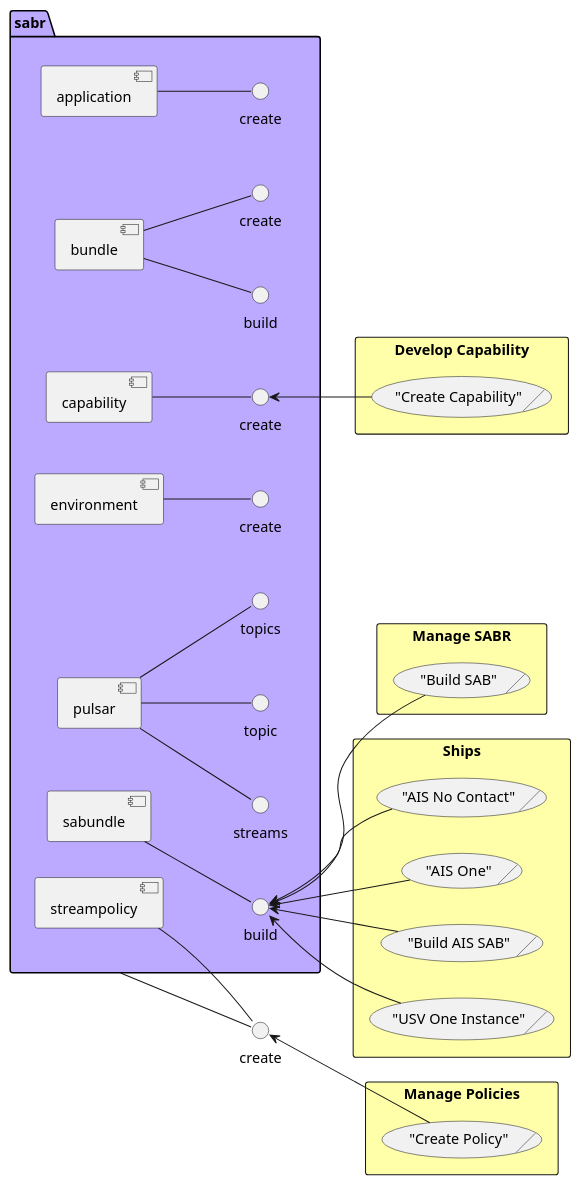
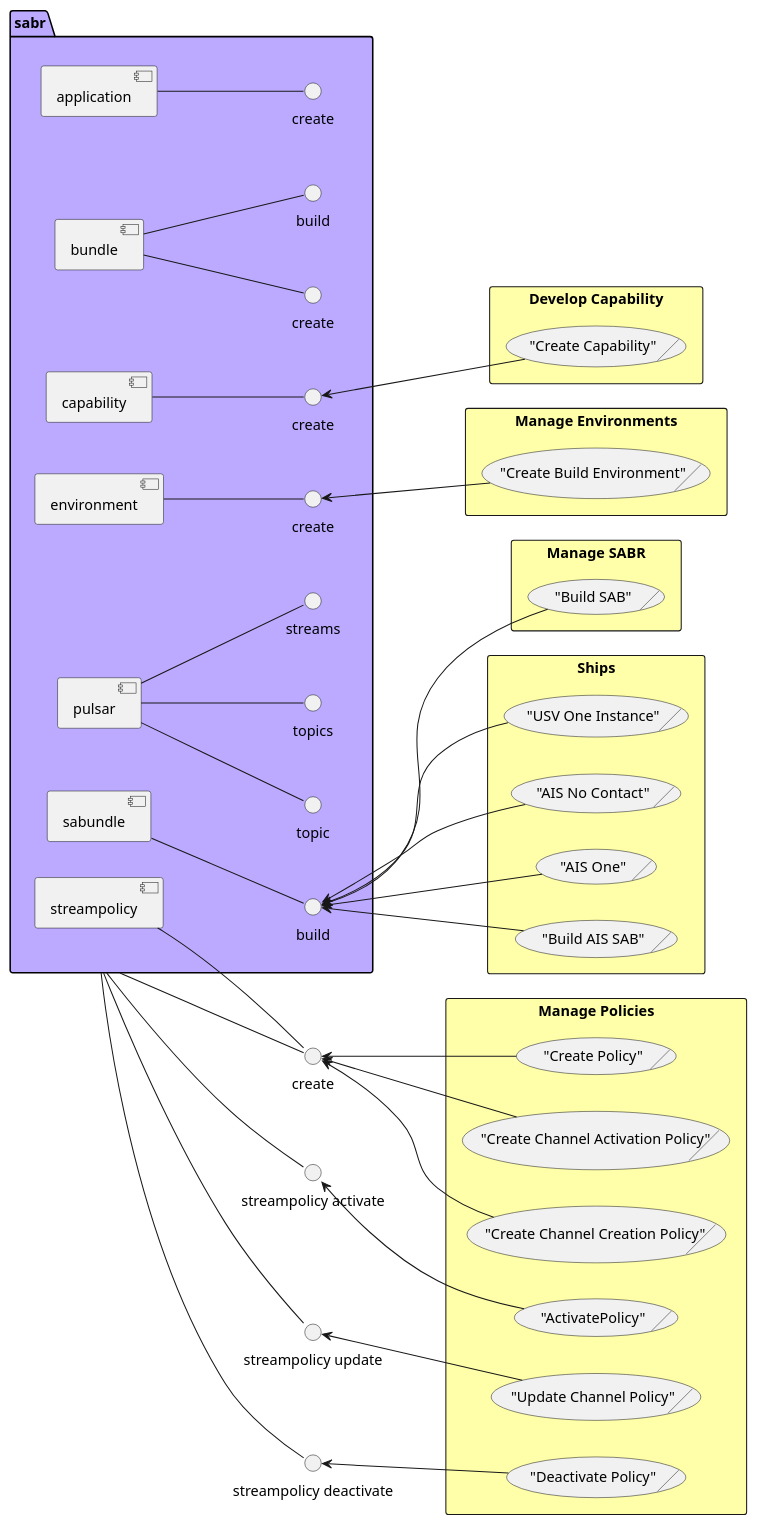
The diagram in docs/sabr/scenariomapping.puml (madajaju/sabr), drawn with PlantUML before and after one commit. The commit also changed 1010 other files, not shown here.

Commit message:
Documentation of the DevSecOps and updates to Copyright.

```diff
--- a/docs/sabr/scenariomapping.puml
+++ b/docs/sabr/scenariomapping.puml
@@ -1,137 +1,189 @@
 @startuml
 left to right direction
 
 
      component "sabr" as sabr
+ interface "streampolicy activate" as sabrstreampolicyactivate
+sabr -- sabrstreampolicyactivate
+
+    
+     component "sabr" as sabr
  interface "streampolicy create" as sabrstreampolicycreate
 sabr -- sabrstreampolicycreate
+
+    
+     component "sabr" as sabr
+ interface "streampolicy deactivate" as sabrstreampolicydeactivate
+sabr -- sabrstreampolicydeactivate
+
+    
+     component "sabr" as sabr
+ interface "streampolicy update" as sabrstreampolicyupdate
+sabr -- sabrstreampolicyupdate
 
     
     package "sabr" as sabr #bbaaff {
  component "application" as sabrapplication
  interface "create" as sabrapplicationcreate
 sabrapplication -- sabrapplicationcreate
 }
 
     
     package "sabr" as sabr #bbaaff {
  component "bundle" as sabrbundle
  interface "build" as sabrbundlebuild
 sabrbundle -- sabrbundlebuild
 }
 
     
     package "sabr" as sabr #bbaaff {
  component "bundle" as sabrbundle
  interface "create" as sabrbundlecreate
 sabrbundle -- sabrbundlecreate
 }
 
     
     package "sabr" as sabr #bbaaff {
  component "capability" as sabrcapability
  interface "create" as sabrcapabilitycreate
 sabrcapability -- sabrcapabilitycreate
 }
 
     
     package "sabr" as sabr #bbaaff {
  component "environment" as sabrenvironment
  interface "create" as sabrenvironmentcreate
 sabrenvironment -- sabrenvironmentcreate
 }
 
     
     package "sabr" as sabr #bbaaff {
  component "pulsar" as sabrpulsar
  interface "streams" as sabrpulsarstreams
 sabrpulsar -- sabrpulsarstreams
 }
 
     
     package "sabr" as sabr #bbaaff {
  component "pulsar" as sabrpulsar
  interface "topic" as sabrpulsartopic
 sabrpulsar -- sabrpulsartopic
 }
 
     
     package "sabr" as sabr #bbaaff {
  component "pulsar" as sabrpulsar
  interface "topics" as sabrpulsartopics
 sabrpulsar -- sabrpulsartopics
 }
 
     
     package "sabr" as sabr #bbaaff {
  component "sabundle" as sabrsabundle
  interface "build" as sabrsabundlebuild
 sabrsabundle -- sabrsabundlebuild
 }
 
     
     package "sabr" as sabr #bbaaff {
  component "streampolicy" as sabrstreampolicy
  interface "create" as sabrstreampolicycreate
 sabrstreampolicy -- sabrstreampolicycreate
 }
 
     
 
 
 
 
         rectangle "Develop Capability" as DevelopCapability #ffffaa {
             ("Create Capability")/ as DevOpsEngineerDevelopCapabilityCreateCapability
         }
     
     sabrcapabilitycreate <-- DevOpsEngineerDevelopCapabilityCreateCapability
     
 
 
 
 
+        rectangle "Manage Environments" as ManageEnvironments #ffffaa {
+            ("Create Build Environment")/ as DevOpsEngineerManageEnvironmentsCreateBuildEnvironment
+        }
+    
+    sabrenvironmentcreate <-- DevOpsEngineerManageEnvironmentsCreateBuildEnvironment
+    
+
         rectangle "Manage SABR" as ManageSABR #ffffaa {
             ("Build SAB")/ as ApplicationDeveloperManageSABRBuildSAB
         }
     
     sabrsabundlebuild <-- ApplicationDeveloperManageSABRBuildSAB
     
 
 
 
         rectangle "Manage Policies" as ManagePolicies #ffffaa {
+            ("ActivatePolicy")/ as DataEngineerManagePoliciesActivatePolicy
+        }
+    
+    sabrstreampolicyactivate <-- DataEngineerManagePoliciesActivatePolicy
+    
+        rectangle "Manage Policies" as ManagePolicies #ffffaa {
+            ("Create Channel Activation Policy")/ as DataEngineerManagePoliciesCreateChannelActivationPolicy
+        }
+    
+    sabrstreampolicycreate <-- DataEngineerManagePoliciesCreateChannelActivationPolicy
+    
+        rectangle "Manage Policies" as ManagePolicies #ffffaa {
+            ("Create Channel Creation Policy")/ as DataEngineerManagePoliciesCreateChannelCreationPolicy
+        }
+    
+    sabrstreampolicycreate <-- DataEngineerManagePoliciesCreateChannelCreationPolicy
+    
+        rectangle "Manage Policies" as ManagePolicies #ffffaa {
             ("Create Policy")/ as DataEngineerManagePoliciesCreatePolicy
         }
     
     sabrstreampolicycreate <-- DataEngineerManagePoliciesCreatePolicy
+    
+        rectangle "Manage Policies" as ManagePolicies #ffffaa {
+            ("Deactivate Policy")/ as DataEngineerManagePoliciesDeactivatePolicy
+        }
+    
+    sabrstreampolicydeactivate <-- DataEngineerManagePoliciesDeactivatePolicy
+    
+        rectangle "Manage Policies" as ManagePolicies #ffffaa {
+            ("Update Channel Policy")/ as DataEngineerManagePoliciesUpdateChannelPolicy
+        }
+    
+    sabrstreampolicyupdate <-- DataEngineerManagePoliciesUpdateChannelPolicy
     
 
 
 
 
         rectangle "Ships" as Ships #ffffaa {
             ("AIS No Contact")/ as ApplicationDeveloperShipsAISNoContact
         }
     
     sabrsabundlebuild <-- ApplicationDeveloperShipsAISNoContact
     
         rectangle "Ships" as Ships #ffffaa {
             ("AIS One")/ as ApplicationDeveloperShipsAISOne
         }
     
     sabrsabundlebuild <-- ApplicationDeveloperShipsAISOne
     
         rectangle "Ships" as Ships #ffffaa {
             ("Build AIS SAB")/ as ApplicationDeveloperShipsAISSABR
         }
     
     sabrsabundlebuild <-- ApplicationDeveloperShipsAISSABR
     
         rectangle "Ships" as Ships #ffffaa {
             ("USV One Instance")/ as ApplicationDeveloperShipsUSVOne
         }
     
     sabrsabundlebuild <-- ApplicationDeveloperShipsUSVOne
     
 @enduml
```
